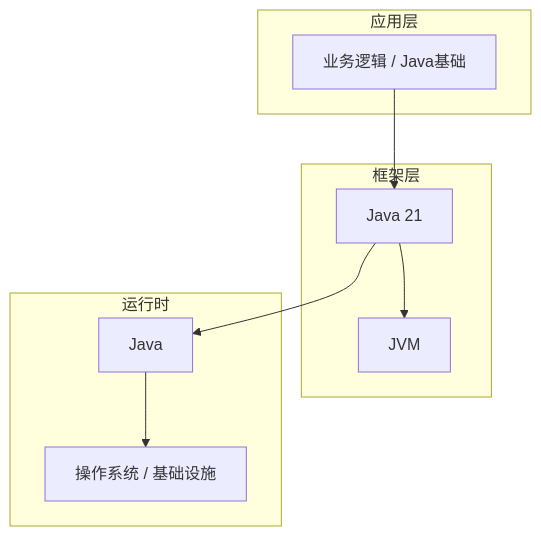
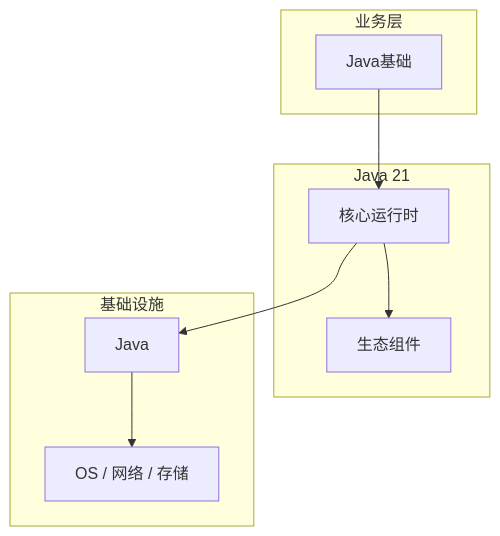
The diagram in articles/Java核心/chapters/001-Java基础核心概念与原理.md (yanggan2015/knowledge-json-v2), drawn with Mermaid before and after one commit. The commit also changed other lines of this file and 10127 other files, not shown here.

````diff
--- a/articles/Java核心/chapters/001-Java基础核心概念与原理.md
+++ b/articles/Java核心/chapters/001-Java基础核心概念与原理.md
@@ -45,18 +34,18 @@
 ```mermaid
 graph TB
-    subgraph 应用层
-        A[业务逻辑 / Java基础]
+    subgraph 业务层
+        A[Java基础]
     end
-    subgraph 框架层
-        B[Java 21]
-        C[JVM]
+    subgraph Java 21
+        B[核心运行时]
+        C[生态组件]
     end
-    subgraph 运行时
+    subgraph 基础设施
         D[Java]
-        E[操作系统 / 基础设施]
+        E[OS / 网络 / 存储]
     end
     A --> B
     B --> C
     B --> D
     D --> E
 ```
````
